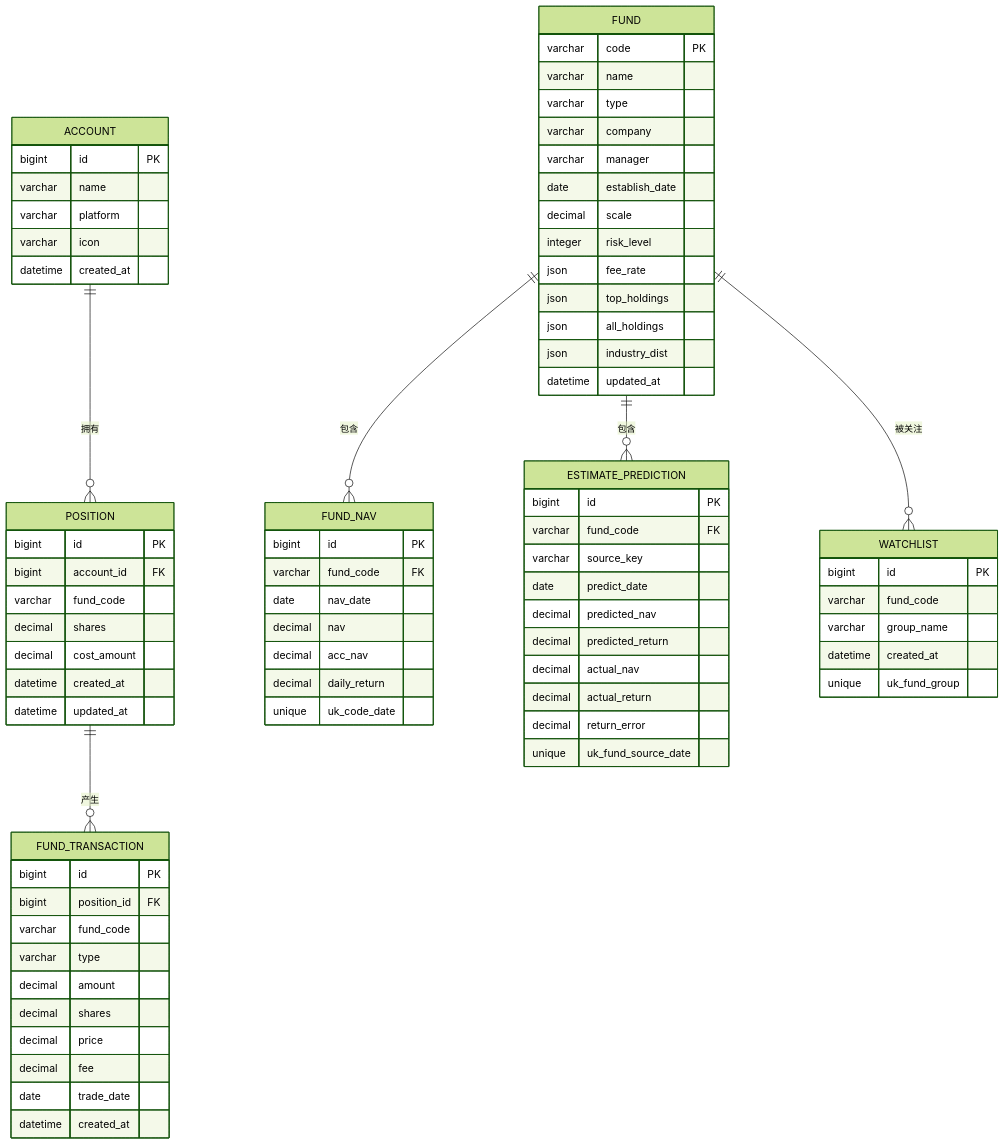
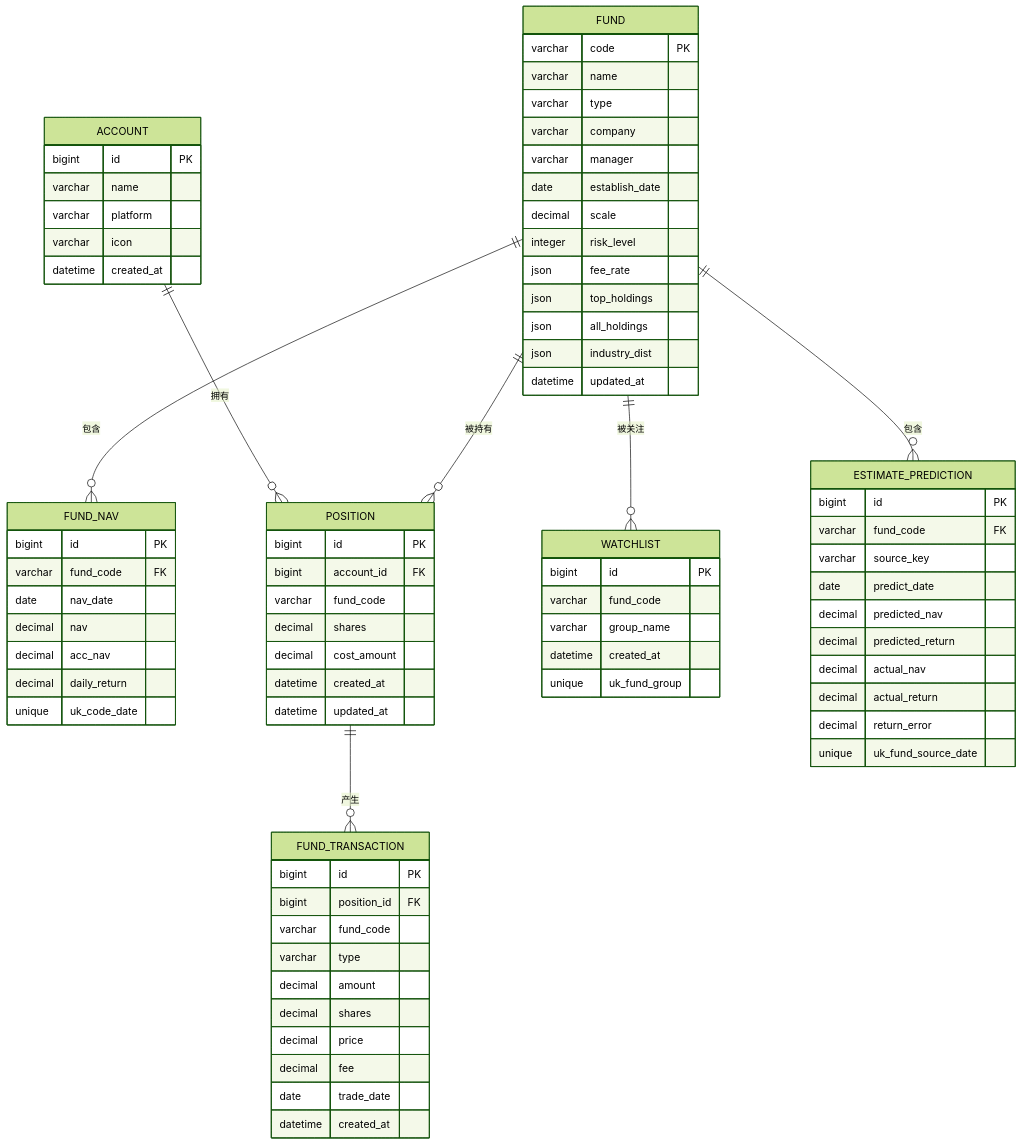
Diagram 19 of 23 in .qoder/repowiki/zh/content/核心功能开发/多源基金估值系统.md (gree-coder/fund-butler), drawn with Mermaid (forest theme) before and after one commit. The commit also changed other lines of this file and 21 other files, not shown here.

````diff
--- a/.qoder/repowiki/zh/content/核心功能开发/多源基金估值系统.md
+++ b/.qoder/repowiki/zh/content/核心功能开发/多源基金估值系统.md
@@ -885,79 +703,80 @@
 ```mermaid
 erDiagram
 FUND {
 varchar code PK
 varchar name
 varchar type
 varchar company
 varchar manager
 date establish_date
 decimal scale
 integer risk_level
 json fee_rate
 json top_holdings
 json all_holdings
 json industry_dist
 datetime updated_at
 }
 FUND_NAV {
 bigint id PK
 varchar fund_code FK
 date nav_date
 decimal nav
 decimal acc_nav
 decimal daily_return
 unique uk_code_date
 }
 ACCOUNT {
 bigint id PK
 varchar name
 varchar platform
 varchar icon
 datetime created_at
 }
 POSITION {
 bigint id PK
 bigint account_id FK
 varchar fund_code
 decimal shares
 decimal cost_amount
 datetime created_at
 datetime updated_at
 }
 FUND_TRANSACTION {
 bigint id PK
 bigint position_id FK
 varchar fund_code
 varchar type
 decimal amount
 decimal shares
 decimal price
 decimal fee
 date trade_date
 datetime created_at
 }
 WATCHLIST {
 bigint id PK
 varchar fund_code
 varchar group_name
 datetime created_at
 unique uk_fund_group
 }
 ESTIMATE_PREDICTION {
 bigint id PK
 varchar fund_code FK
 varchar source_key
 date predict_date
 decimal predicted_nav
 decimal predicted_return
 decimal actual_nav
 decimal actual_return
 decimal return_error
 unique uk_fund_source_date
 }
 FUND ||--o{ FUND_NAV : "包含"
 FUND ||--o{ ESTIMATE_PREDICTION : "包含"
 ACCOUNT ||--o{ POSITION : "拥有"
 POSITION ||--o{ FUND_TRANSACTION : "产生"
+FUND ||--o{ POSITION : "被持有"
 FUND ||--o{ WATCHLIST : "被关注"
 ```
````
